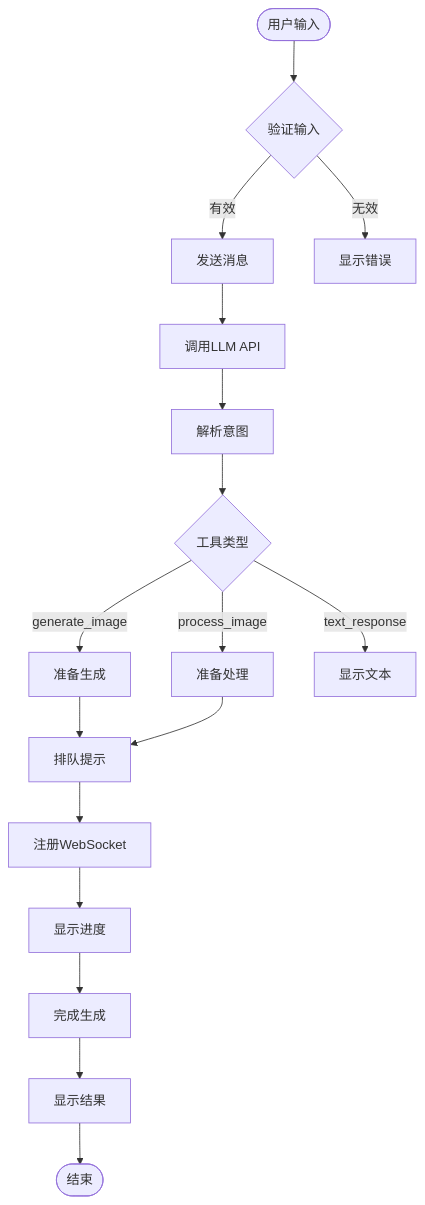
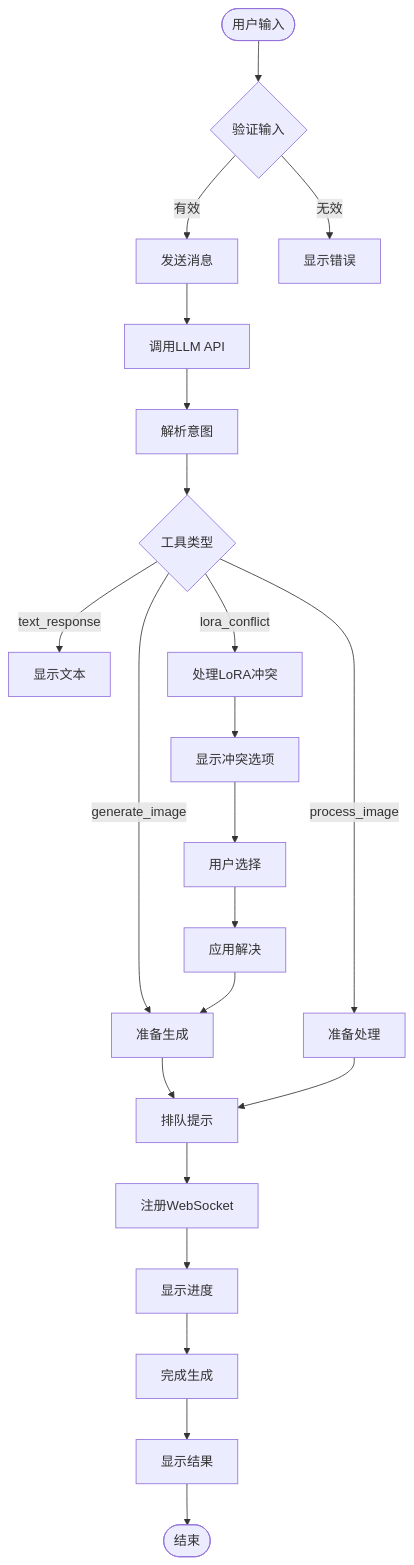
The fourth of 9 diagrams in .qoder/repowiki/zh/content/AI浮动按钮组件.md (billye220670/CorineKit_Pix2Real), drawn with Mermaid before and after one commit. The commit also changed other lines of this file and 11 other files, not shown here.

````diff
--- a/.qoder/repowiki/zh/content/AI浮动按钮组件.md
+++ b/.qoder/repowiki/zh/content/AI浮动按钮组件.md
@@ -193,19 +232,24 @@
 ```mermaid
 flowchart TD
 Start([用户输入]) --> ValidateInput{验证输入}
 ValidateInput --> |有效| SendMessage[发送消息]
 ValidateInput --> |无效| ShowError[显示错误]
 SendMessage --> CallLLM[调用LLM API]
 CallLLM --> ParseIntent[解析意图]
 ParseIntent --> CheckTool{工具类型}
 CheckTool --> |generate_image| PrepareGen[准备生成]
 CheckTool --> |process_image| PrepareProc[准备处理]
 CheckTool --> |text_response| ShowText[显示文本]
+CheckTool --> |lora_conflict| HandleConflict[处理LoRA冲突]
+HandleConflict --> ShowConflictOptions[显示冲突选项]
+ShowConflictOptions --> UserChoice[用户选择]
+UserChoice --> ApplyResolution[应用解决]
+ApplyResolution --> PrepareGen
 PrepareGen --> QueuePrompt[排队提示]
 PrepareProc --> QueuePrompt
 QueuePrompt --> RegisterWS[注册WebSocket]
 RegisterWS --> ShowProgress[显示进度]
 ShowProgress --> Complete[完成生成]
 Complete --> ShowResult[显示结果]
 ShowResult --> End([结束])
 ```
````
